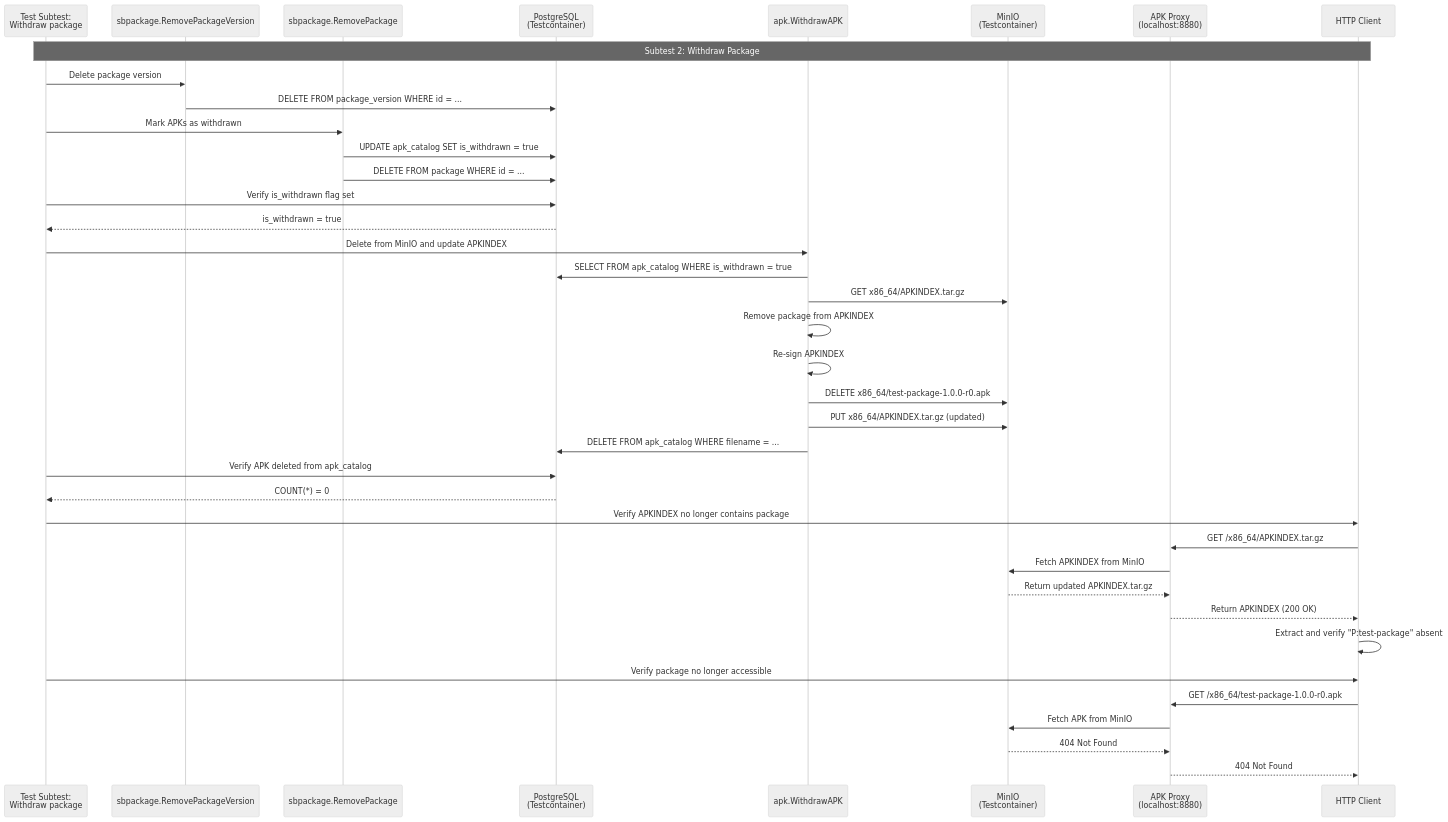
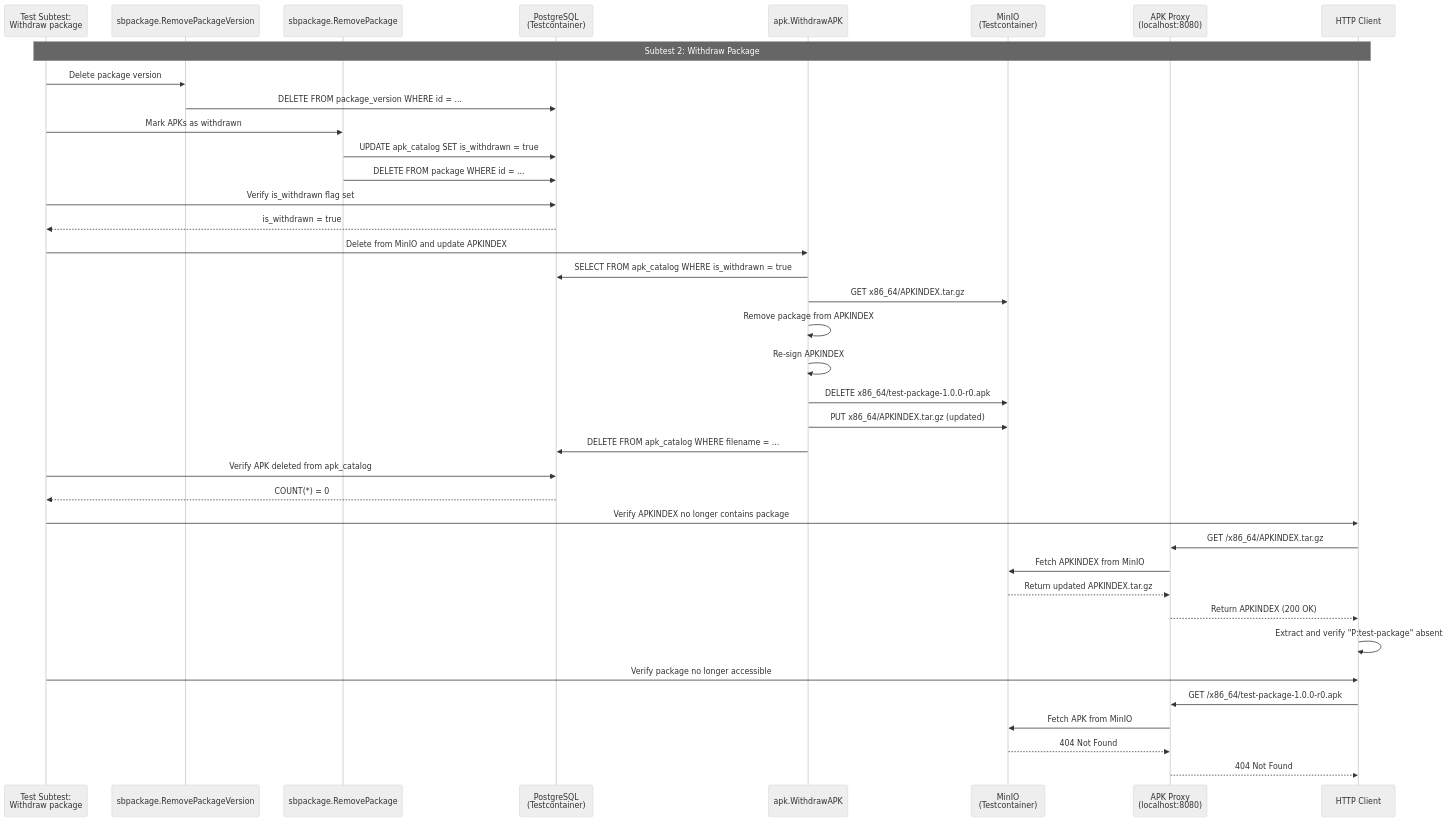
One commit to securebuildhq/securebuild changed the second of 2 diagrams in integration/apkproxy/README.md. Above: the diagram before and after it, drawn with Mermaid (neutral theme). The commit also changed other lines of this file and 8 other files, not shown here.

````diff
--- a/integration/apkproxy/README.md
+++ b/integration/apkproxy/README.md
@@ -58,47 +58,47 @@
 ```mermaid
 sequenceDiagram
     participant Test as Test Subtest:<br/>Withdraw package
     participant RemovePkgVer as sbpackage.RemovePackageVersion
     participant RemovePkg as sbpackage.RemovePackage
     participant DB as PostgreSQL<br/>(Testcontainer)
     participant WithdrawAPK as apk.WithdrawAPK
     participant MinIO as MinIO<br/>(Testcontainer)
-    participant Proxy as APK Proxy<br/>(localhost:8880)
+    participant Proxy as APK Proxy<br/>(localhost:8080)
     participant Client as HTTP Client
 
     Note over Test,Client: Subtest 2: Withdraw Package
     Test->>RemovePkgVer: Delete package version
     RemovePkgVer->>DB: DELETE FROM package_version WHERE id = ...
 
     Test->>RemovePkg: Mark APKs as withdrawn
     RemovePkg->>DB: UPDATE apk_catalog SET is_withdrawn = true
     RemovePkg->>DB: DELETE FROM package WHERE id = ...
 
     Test->>DB: Verify is_withdrawn flag set
     DB-->>Test: is_withdrawn = true
 
     Test->>WithdrawAPK: Delete from MinIO and update APKINDEX
     WithdrawAPK->>DB: SELECT FROM apk_catalog WHERE is_withdrawn = true
     WithdrawAPK->>MinIO: GET x86_64/APKINDEX.tar.gz
     WithdrawAPK->>WithdrawAPK: Remove package from APKINDEX
     WithdrawAPK->>WithdrawAPK: Re-sign APKINDEX
     WithdrawAPK->>MinIO: DELETE x86_64/test-package-1.0.0-r0.apk
     WithdrawAPK->>MinIO: PUT x86_64/APKINDEX.tar.gz (updated)
     WithdrawAPK->>DB: DELETE FROM apk_catalog WHERE filename = ...
 
     Test->>DB: Verify APK deleted from apk_catalog
     DB-->>Test: COUNT(*) = 0
 
     Test->>Client: Verify APKINDEX no longer contains package
     Client->>Proxy: GET /x86_64/APKINDEX.tar.gz
     Proxy->>MinIO: Fetch APKINDEX from MinIO
     MinIO-->>Proxy: Return updated APKINDEX.tar.gz
     Proxy-->>Client: Return APKINDEX (200 OK)
     Client->>Client: Extract and verify "P:test-package" absent
 
     Test->>Client: Verify package no longer accessible
     Client->>Proxy: GET /x86_64/test-package-1.0.0-r0.apk
     Proxy->>MinIO: Fetch APK from MinIO
     MinIO-->>Proxy: 404 Not Found
     Proxy-->>Client: 404 Not Found
 ```
````
